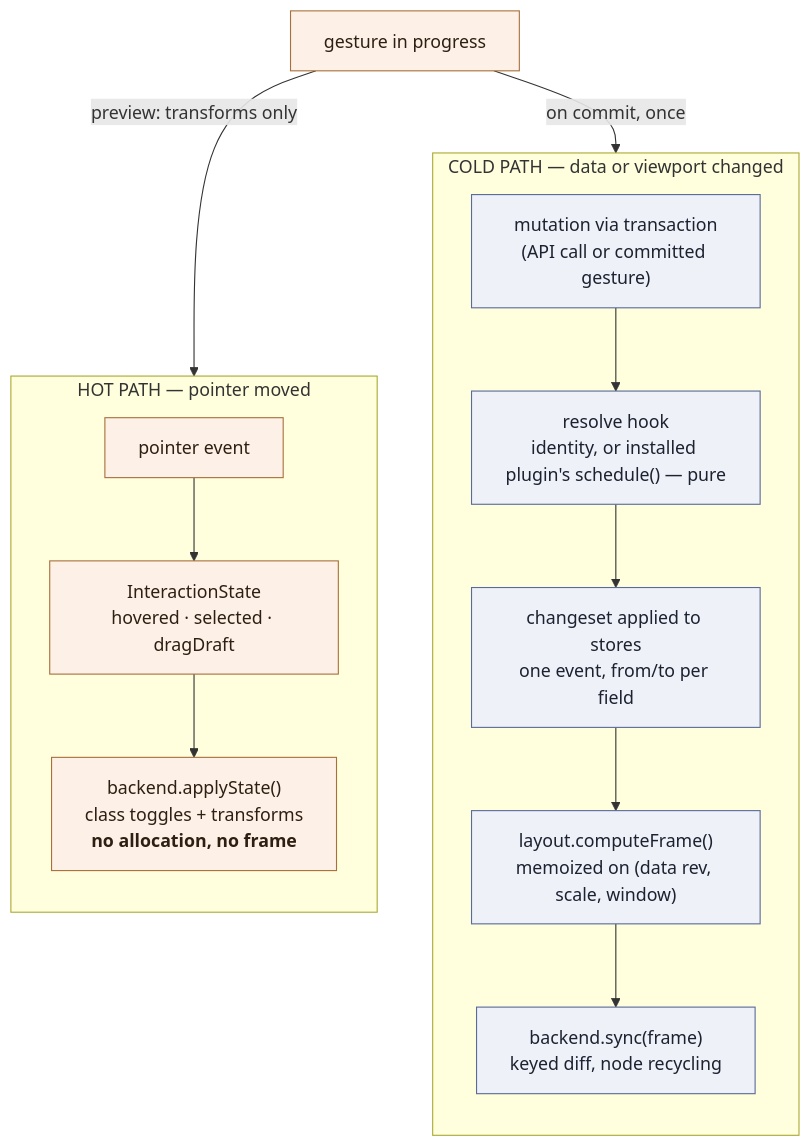
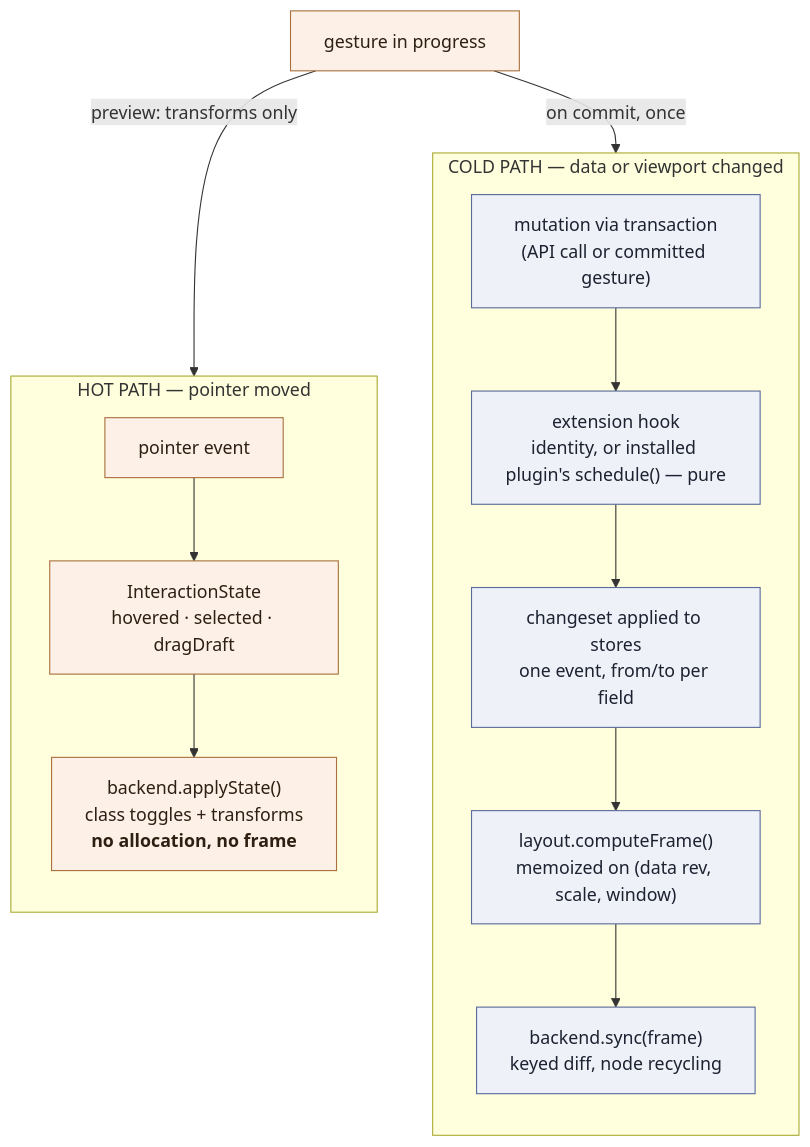
One commit to freegantt/freegantt changed the fourth of 6 diagrams in plans/01-domain-architecture.md. Above: the diagram before and after it, drawn with Mermaid. The commit also changed other lines of this file and 25 other files, not shown here.

First line of the commit message:
Rename the resolve hook to the extension hook; entries.snapshot() to entries.all

````diff
--- a/plans/01-domain-architecture.md
+++ b/plans/01-domain-architecture.md
@@ -316,28 +316,28 @@
 ```mermaid
 flowchart TB
   subgraph cold["COLD PATH — data or viewport changed"]
     direction TB
     C1["mutation via transaction<br/>(API call or committed gesture)"]
-    C2["resolve hook<br/>identity, or installed plugin's schedule() — pure"]
+    C2["extension hook<br/>identity, or installed plugin's schedule() — pure"]
     C3["changeset applied to stores<br/>one event, from/to per field"]
     C4["layout.computeFrame()<br/>memoized on (data rev, scale, window)"]
     C5["backend.sync(frame)<br/>keyed diff, node recycling"]
     C1 --> C2 --> C3 --> C4 --> C5
   end
 
   subgraph hot["HOT PATH — pointer moved"]
     direction TB
     H1["pointer event"]
     H2["InteractionState<br/>hovered · selected · dragDraft"]
     H3["backend.applyState()<br/>class toggles + transforms<br/><b>no allocation, no frame</b>"]
     H1 --> H2 --> H3
   end
 
   G["gesture in progress"] -->|"preview: transforms only"| H3
   G -->|"on commit, once"| C1
 
   classDef c fill:#eef1f8,stroke:#5a6a9a,color:#1c2230
   classDef h fill:#fdf1e7,stroke:#a8703c,color:#2e1f12
   class C1,C2,C3,C4,C5 c
   class H1,H2,H3,G h
 ```
````
